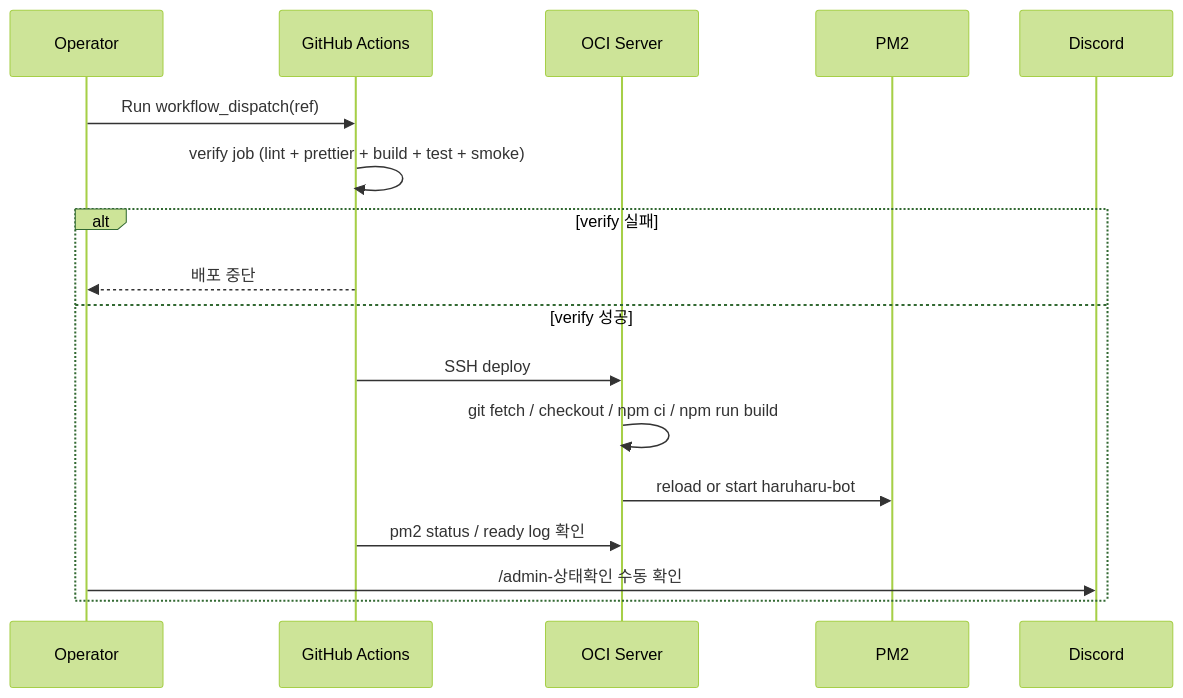
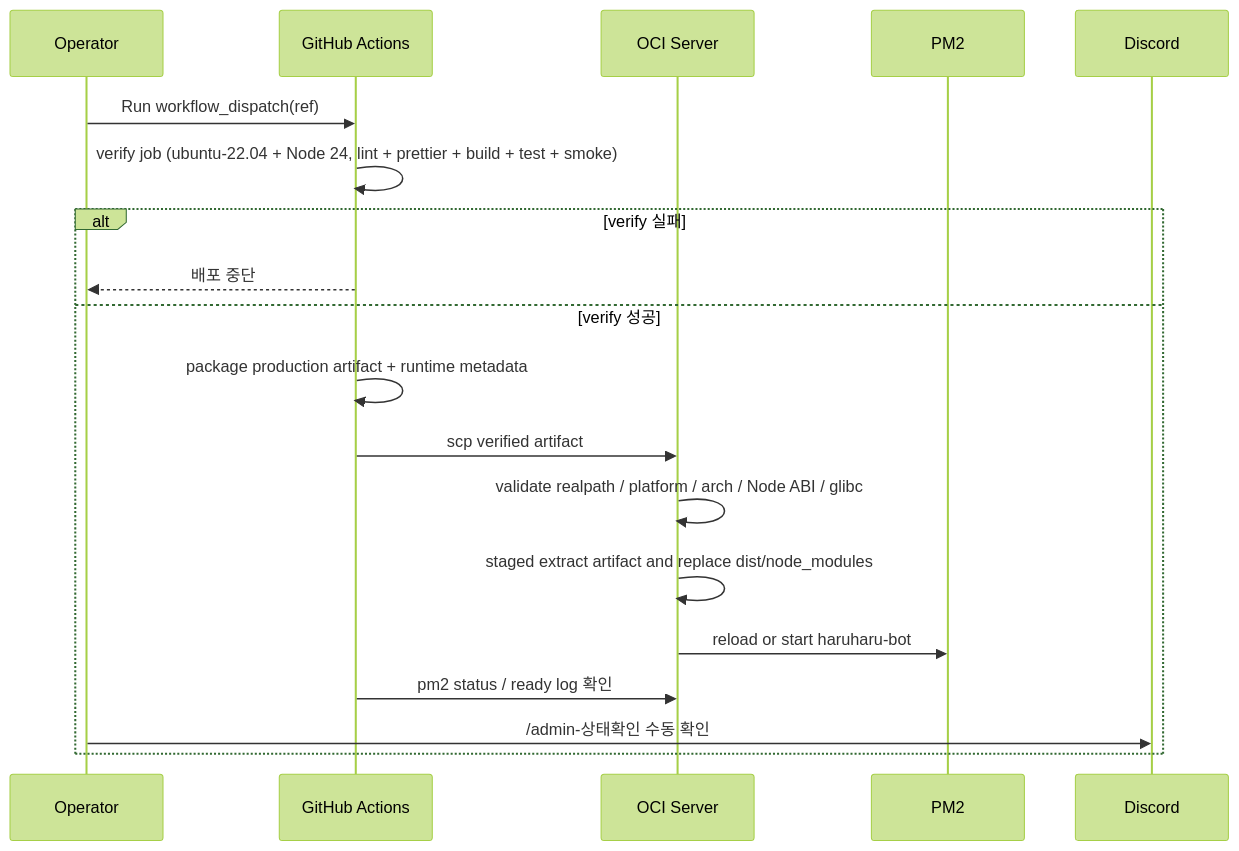
One commit to honki12345/haruharu-discord-bot changed the fifth of 16 diagrams in docs/USER_STORIES.md. Above: the diagram before and after it, drawn with Mermaid (forest theme). The commit also changed other lines of this file and 6 other files, not shown here.

Commit message:
fix: production deploy runtime 호환성을 정렬 (#61)

````diff
--- a/docs/USER_STORIES.md
+++ b/docs/USER_STORIES.md
@@ -173,21 +173,23 @@
 ```mermaid
 sequenceDiagram
     participant O as Operator
     participant GH as GitHub Actions
     participant OCI as OCI Server
     participant PM2 as PM2
     participant D as Discord
 
     O->>GH: Run workflow_dispatch(ref)
-    GH->>GH: verify job (lint + prettier + build + test + smoke)
+    GH->>GH: verify job (ubuntu-22.04 + Node 24, lint + prettier + build + test + smoke)
 
     alt verify 실패
         GH-->>O: 배포 중단
     else verify 성공
-        GH->>OCI: SSH deploy
-        OCI->>OCI: git fetch / checkout / npm ci / npm run build
+        GH->>GH: package production artifact + runtime metadata
+        GH->>OCI: scp verified artifact
+        OCI->>OCI: validate realpath / platform / arch / Node ABI / glibc
+        OCI->>OCI: staged extract artifact and replace dist/node_modules
         OCI->>PM2: reload or start haruharu-bot
         GH->>OCI: pm2 status / ready log 확인
         O->>D: /admin-상태확인 수동 확인
     end
 ```
````
